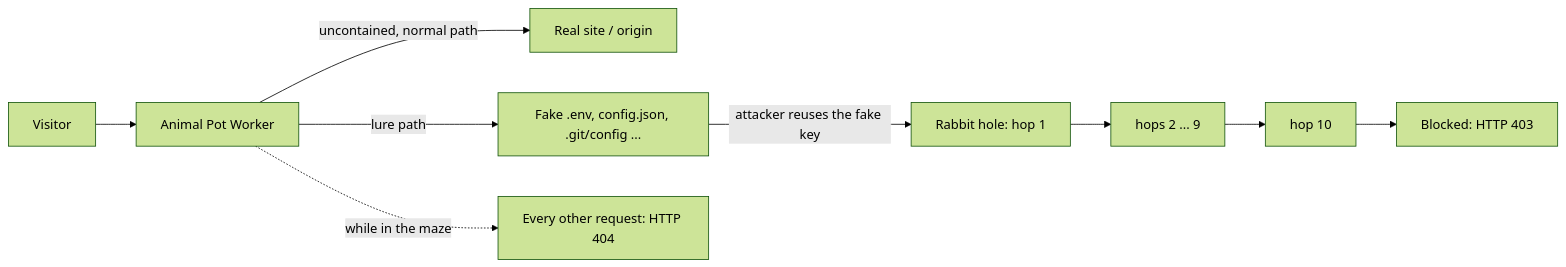
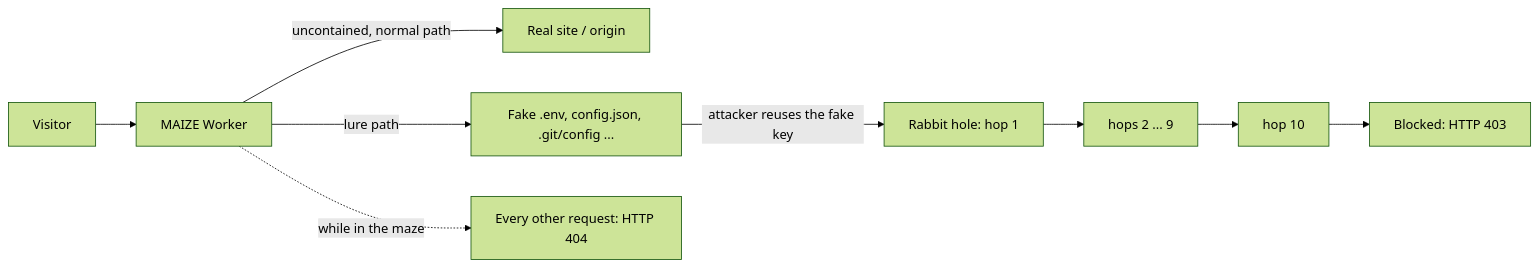
One commit to hackershmave1/maize changed the diagram in README.md. Above: the diagram before and after it, drawn with Mermaid (forest theme). The commit also changed other lines of this file and 13 other files, not shown here.

````diff
--- a/README.md
+++ b/README.md
@@ -30,10 +30,10 @@
 ```mermaid
 flowchart LR
-    V[Visitor] --> W[Animal Pot Worker]
+    V[Visitor] --> W[MAIZE Worker]
     W -->|uncontained, normal path| O[Real site / origin]
     W -->|lure path| L[Fake .env, config.json, .git/config ...]
     L -->|attacker reuses the fake key| H1[Rabbit hole: hop 1]
     H1 --> H2[hops 2 ... 9] --> H10[hop 10]
     H10 --> B[Blocked: HTTP 403]
     W -. while in the maze .-> M[Every other request: HTTP 404]
 ```
````
